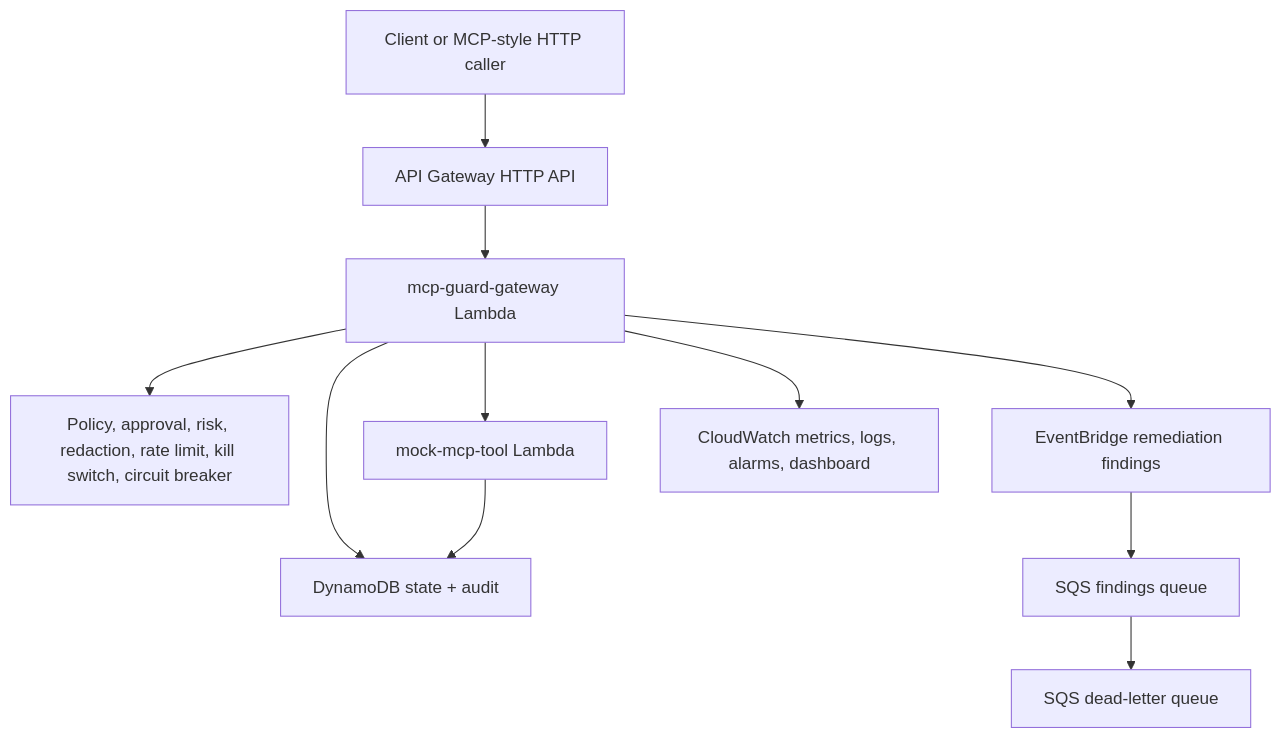
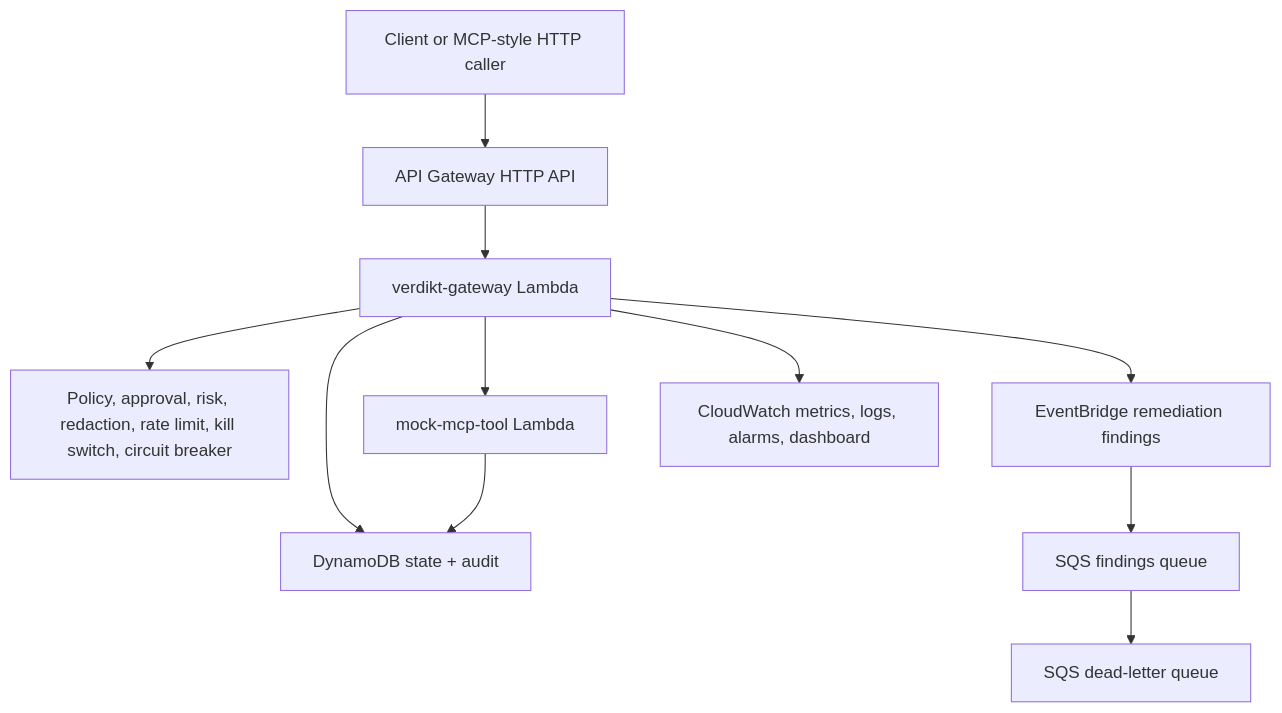
The diagram in infra/aws/serverless/README.md (gaurav-gs7/Verdikt), drawn with Mermaid before and after one commit. The commit also changed other lines of this file and 158 other files, not shown here.

````diff
--- a/infra/aws/serverless/README.md
+++ b/infra/aws/serverless/README.md
@@ -5,13 +5,13 @@
 ```mermaid
 flowchart TD
     Client["Client or MCP-style HTTP caller"] --> API["API Gateway HTTP API"]
-    API --> Gateway["mcp-guard-gateway Lambda"]
+    API --> Gateway["verdikt-gateway Lambda"]
     Gateway --> Policy["Policy, approval, risk, redaction, rate limit, kill switch, circuit breaker"]
     Gateway --> Tool["mock-mcp-tool Lambda"]
     Gateway --> DDB["DynamoDB state + audit"]
     Tool --> DDB
     Gateway --> Events["EventBridge remediation findings"]
     Events --> SQS["SQS findings queue"]
     SQS --> DLQ["SQS dead-letter queue"]
     Gateway --> CW["CloudWatch metrics, logs, alarms, dashboard"]
 ```
````
